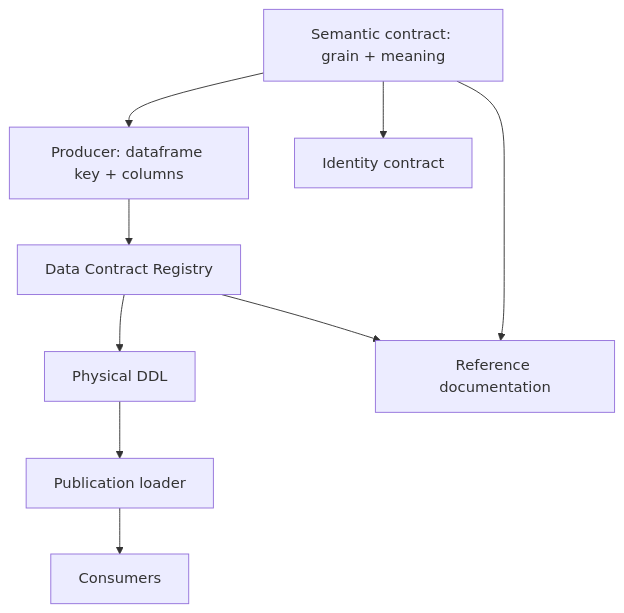
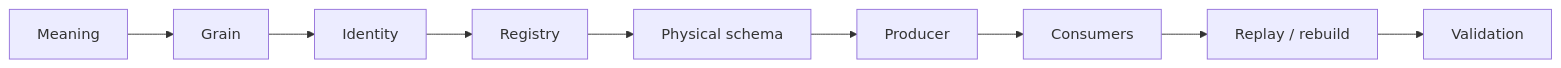
One commit to tks18/personal-finance-etl changed the first of 5 diagrams in docs/developer/data-contract-and-schema-evolution.md. Above: the diagram before and after it, drawn with Mermaid. The commit also changed other lines of this file and 8 other files, not shown here.

````diff
--- a/docs/developer/data-contract-and-schema-evolution.md
+++ b/docs/developer/data-contract-and-schema-evolution.md
@@ -9,20 +11,14 @@
 ```mermaid
-flowchart TB
-    SEM[Semantic contract: grain + meaning]
-    PROD[Producer: dataframe key + columns]
-    ID[Identity contract]
-    REG[Data Contract Registry]
-    DDL[Physical DDL]
-    LOAD[Publication loader]
+flowchart LR
+    SEM[Meaning]
+    G[Grain]
+    I[Identity]
+    REG[Registry]
+    DDL[Physical schema]
+    PROD[Producer]
     CONS[Consumers]
-    DOC[Reference documentation]
+    REP[Replay / rebuild]
+    V[Validation]
 
-    SEM --> PROD
-    SEM --> ID
-    PROD --> REG
-    REG --> DDL
-    DDL --> LOAD
-    LOAD --> CONS
-    SEM --> DOC
-    REG --> DOC
+    SEM --> G --> I --> REG --> DDL --> PROD --> CONS --> REP --> V
 ```
````
